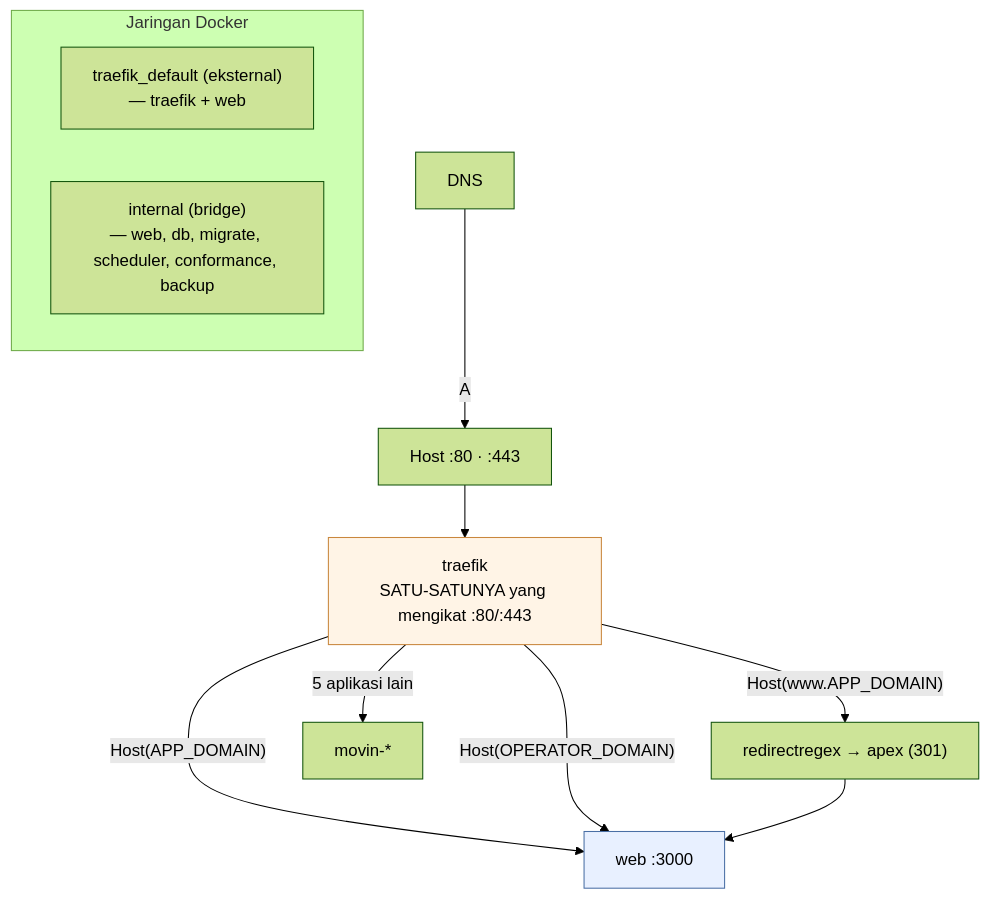
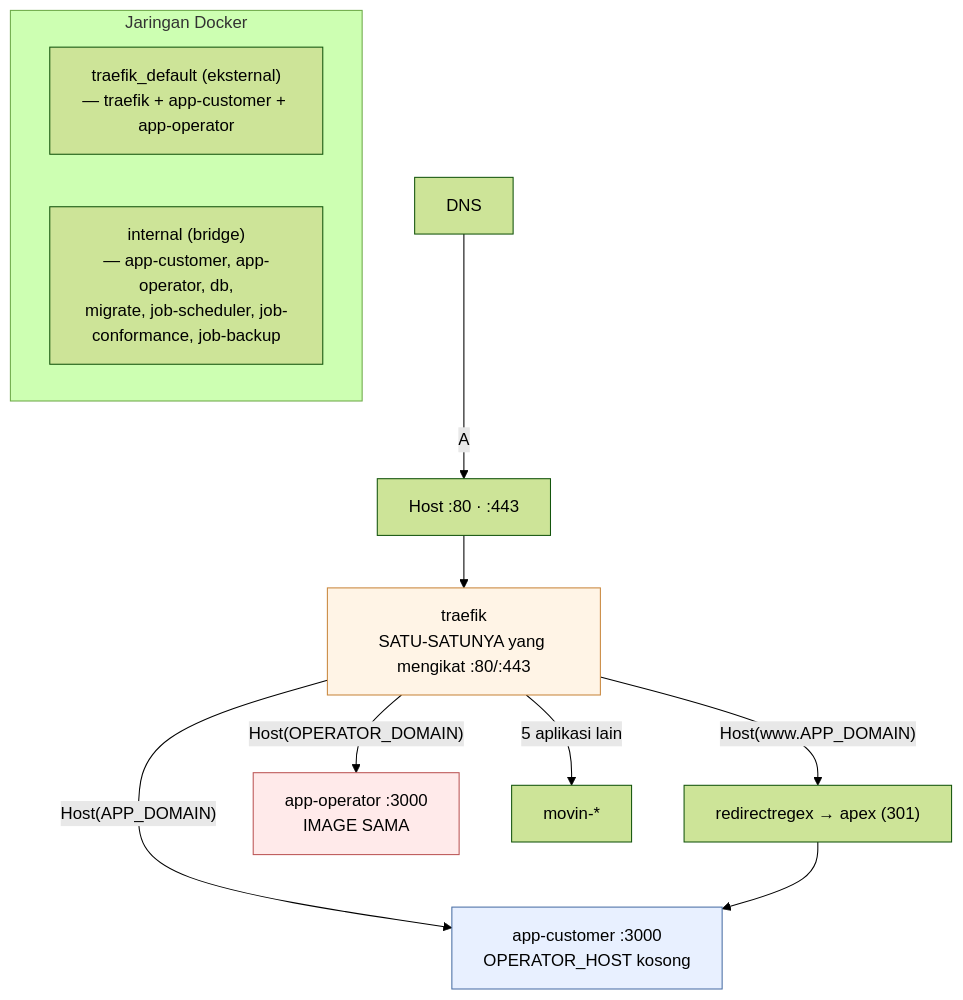
One commit to tri-evendi/sai-accounting changed the first of 5 diagrams in docs/arsitektur/07-INFRASTRUKTUR-DEPLOY.md. Above: the diagram before and after it, drawn with Mermaid (forest theme). The commit also changed other lines of this file and 18 other files, not shown here.

````diff
--- a/docs/arsitektur/07-INFRASTRUKTUR-DEPLOY.md
+++ b/docs/arsitektur/07-INFRASTRUKTUR-DEPLOY.md
@@ -28,21 +28,22 @@
 ```mermaid
 graph TB
     DNS["DNS"]
     DNS -->|A| HOST["Host :80 · :443"]
     HOST --> TR["traefik<br/>SATU-SATUNYA yang mengikat :80/:443"]
 
-    TR -->|"Host(APP_DOMAIN)"| W1["web :3000"]
+    TR -->|"Host(APP_DOMAIN)"| W1["app-customer :3000<br/>OPERATOR_HOST kosong"]
     TR -->|"Host(www.APP_DOMAIN)"| RD["redirectregex → apex (301)"]
-    TR -->|"Host(OPERATOR_DOMAIN)"| W1
+    TR -->|"Host(OPERATOR_DOMAIN)"| W2["app-operator :3000<br/>IMAGE SAMA"]
     TR -->|"5 aplikasi lain"| OTHER["movin-*"]
 
     RD --> W1
 
     subgraph nets["Jaringan Docker"]
-        N1["traefik_default (eksternal)<br/>— traefik + web"]
-        N2["internal (bridge)<br/>— web, db, migrate, scheduler, conformance, backup"]
+        N1["traefik_default (eksternal)<br/>— traefik + app-customer + app-operator"]
+        N2["internal (bridge)<br/>— app-customer, app-operator, db,<br/>migrate, job-scheduler, job-conformance, job-backup"]
     end
 
     style TR fill:#fff4e6,stroke:#c9873d
     style W1 fill:#e8f0ff,stroke:#4a6fa5
+    style W2 fill:#ffeaea,stroke:#b55
 ```
````
